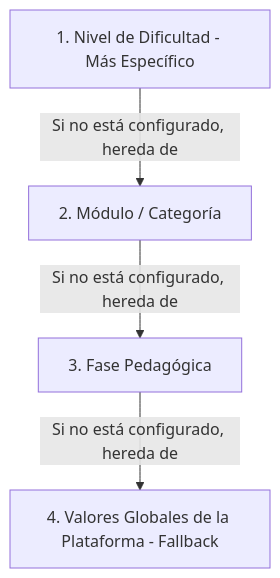
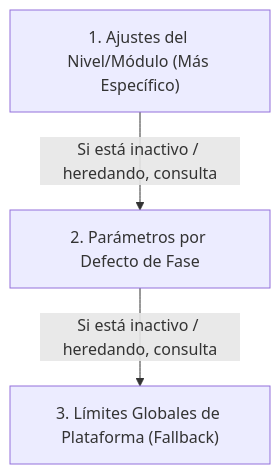
The diagram in docs/administrador.md (espalhardigital-hash/logicakids-Producion), drawn with Mermaid before and after one commit. The commit also changed other lines of this file and 2 other files, not shown here.

````diff
--- a/docs/administrador.md
+++ b/docs/administrador.md
@@ -41,6 +140,5 @@
 ```mermaid
 graph TD
-    A[1. Nivel de Dificultad - Más Específico] -->|Si no está configurado, hereda de| B[2. Módulo / Categoría]
-    B -->|Si no está configurado, hereda de| C[3. Fase Pedagógica]
-    C -->|Si no está configurado, hereda de| D[4. Valores Globales de la Plataforma - Fallback]
+    A["1. Ajustes del Nivel/Módulo (Más Específico)"] -->|Si está inactivo / heredando, consulta| B["2. Parámetros por Defecto de Fase"]
+    B -->|Si está inactivo / heredando, consulta| C["3. Límites Globales de Plataforma (Fallback)"]
 ```
````
